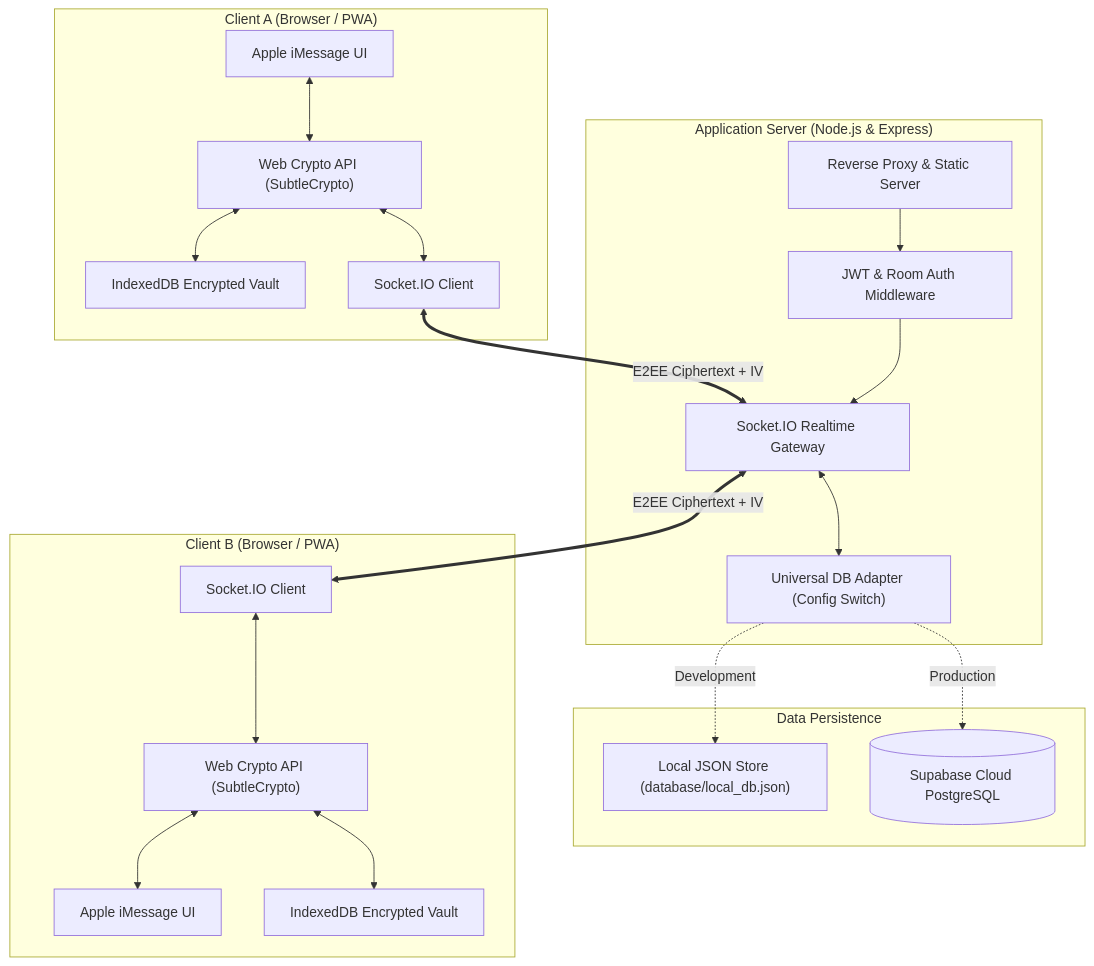
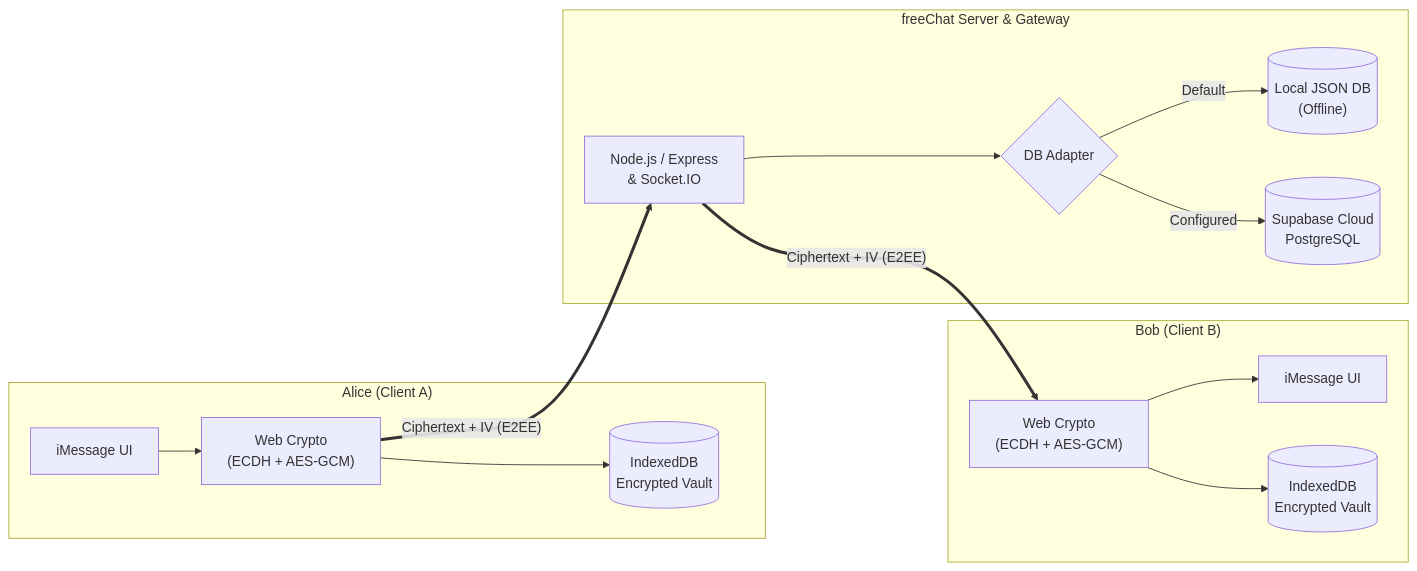
One commit to Reyadh418/freeChat changed the diagram in README.md. Above: the diagram before and after it, drawn with Mermaid. The commit also changed other lines of this file, not shown here.

````diff
--- a/README.md
+++ b/README.md
@@ -214,44 +60,25 @@
 ```mermaid
-graph TD
-    subgraph ClientBrowserA["Client A (Browser / PWA)"]
-        UI_A["Apple iMessage UI"]
-        SubtleCrypto_A["Web Crypto API (SubtleCrypto)"]
-        Vault_A["IndexedDB Encrypted Vault"]
-        Socket_A["Socket.IO Client"]
+flowchart LR
+    subgraph AliceBrowser["Alice (Client A)"]
+        A_UI["iMessage UI"] --> A_Crypto["Web Crypto\n(ECDH + AES-GCM)"]
+        A_Crypto --> A_Vault[("IndexedDB\nEncrypted Vault")]
     end
 
-    subgraph ServerInfrastructure["Application Server (Node.js & Express)"]
-        Gateway["Reverse Proxy & Static Server"]
-        AuthMiddleware["JWT & Room Auth Middleware"]
-        SocketServer["Socket.IO Realtime Gateway"]
-        DBAdapter["Universal DB Adapter (Config Switch)"]
+    subgraph Backend["freeChat Server & Gateway"]
+        Server["Node.js / Express\n& Socket.IO"]
+        DBAdapter{"DB Adapter"}
+        LocalStore[("Local JSON DB\n(Offline)")]
+        CloudStore[("Supabase Cloud\nPostgreSQL")]
+        DBAdapter -->|Default| LocalStore
+        DBAdapter -->|Configured| CloudStore
     end
 
-    subgraph StorageLayer["Data Persistence"]
-        LocalDB["Local JSON Store (database/local_db.json)"]
-        SupabaseDB[("Supabase Cloud PostgreSQL")]
+    subgraph BobBrowser["Bob (Client B)"]
+        B_Crypto["Web Crypto\n(ECDH + AES-GCM)"] --> B_UI["iMessage UI"]
+        B_Crypto --> B_Vault[("IndexedDB\nEncrypted Vault")]
     end
 
-    subgraph ClientBrowserB["Client B (Browser / PWA)"]
-        UI_B["Apple iMessage UI"]
-        SubtleCrypto_B["Web Crypto API (SubtleCrypto)"]
-        Vault_B["IndexedDB Encrypted Vault"]
-        Socket_B["Socket.IO Client"]
-    end
-
-    UI_A <--> SubtleCrypto_A
-    SubtleCrypto_A <--> Vault_A
-    SubtleCrypto_A <--> Socket_A
-    Socket_A <==>|"E2EE Ciphertext + IV"| SocketServer
-    
-    Gateway --> AuthMiddleware
-    AuthMiddleware --> SocketServer
-    SocketServer <--> DBAdapter
-    DBAdapter -.->|Development| LocalDB
-    DBAdapter -.->|Production| SupabaseDB
-
-    SocketServer <==>|"E2EE Ciphertext + IV"| Socket_B
-    Socket_B <--> SubtleCrypto_B
-    SubtleCrypto_B <--> Vault_B
-    SubtleCrypto_B <--> UI_B
+    A_Crypto == "Ciphertext + IV (E2EE)" ==> Server
+    Server --> DBAdapter
+    Server == "Ciphertext + IV (E2EE)" ==> B_Crypto
 ```
````
